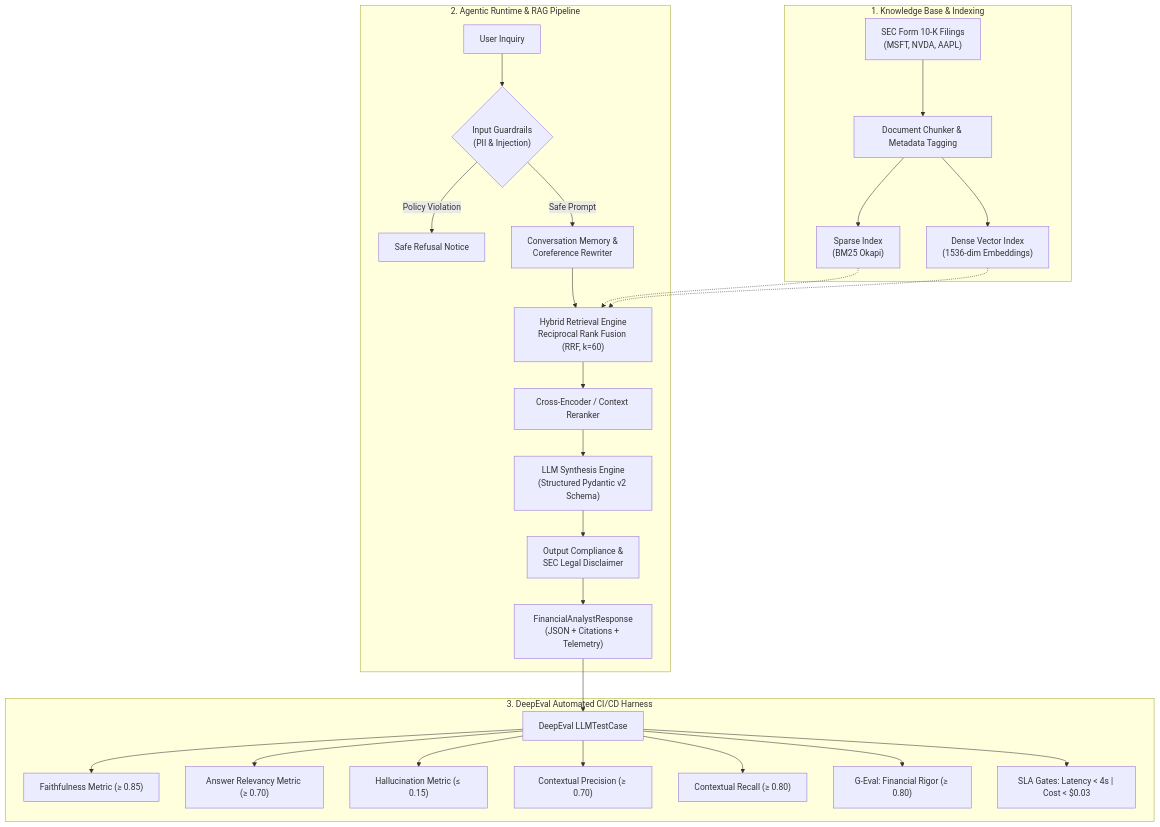
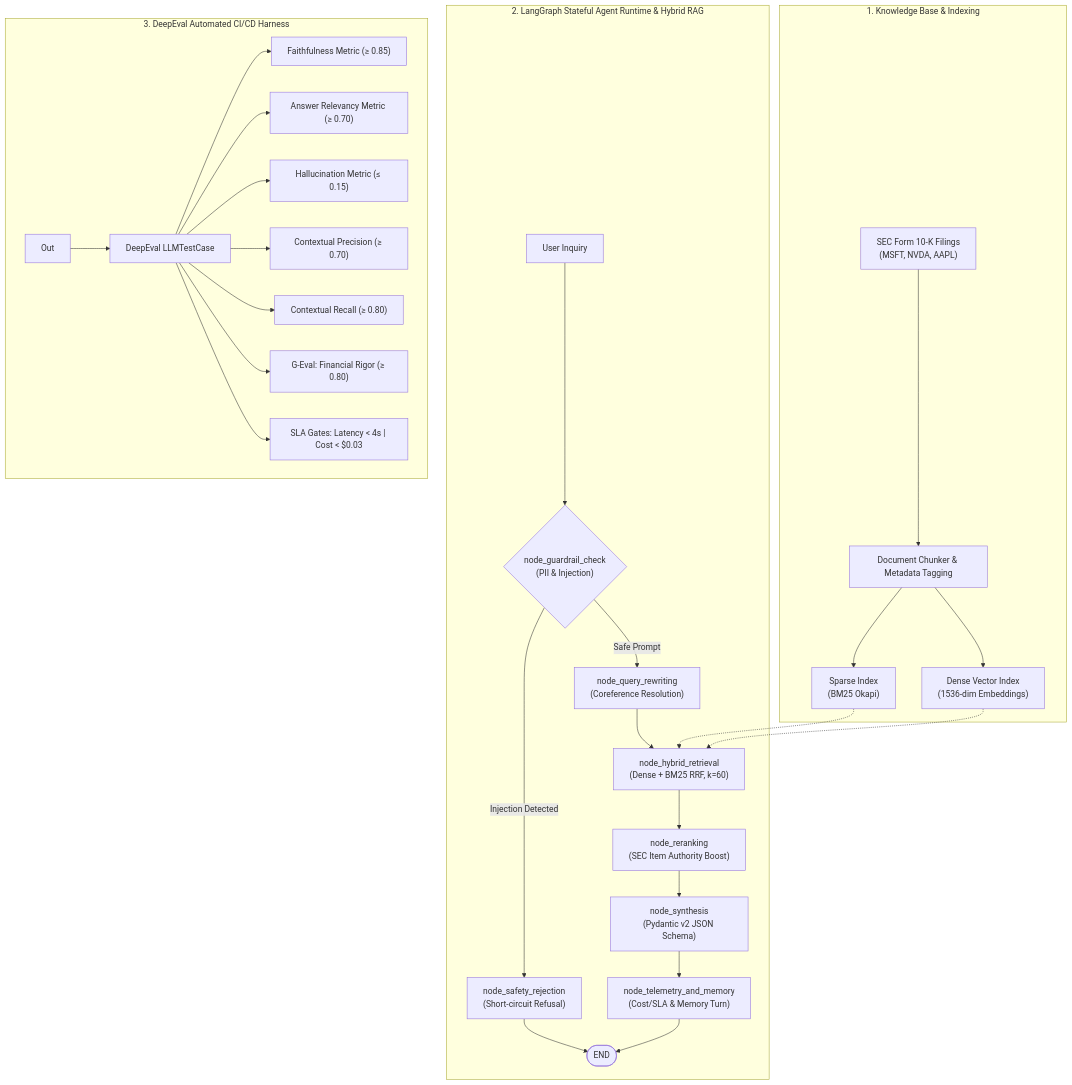
The diagram in README.md (scriptcrux/production-rag-evaluation-suite), drawn with Mermaid before and after one commit. The commit also changed other lines of this file and 4 other files, not shown here.

Commit message:
feat(agent): integrate LangGraph StateGraph orchestration with conditional routing and Mermaid export

````diff
--- a/README.md
+++ b/README.md
@@ -15,32 +16,33 @@
 ```mermaid
 flowchart TD
     subgraph Ingestion ["1. Knowledge Base & Indexing"]
         A["SEC Form 10-K Filings<br/>(MSFT, NVDA, AAPL)"] --> B["Document Chunker & Metadata Tagging"]
         B --> C["Sparse Index<br/>(BM25 Okapi)"]
         B --> D["Dense Vector Index<br/>(1536-dim Embeddings)"]
     end
 
-    subgraph Runtime ["2. Agentic Runtime & RAG Pipeline"]
-        U["User Inquiry"] --> G1{"Input Guardrails<br/>(PII & Injection)"}
-        G1 -- Policy Violation --> R1["Safe Refusal Notice"]
-        G1 -- Safe Prompt --> M["Conversation Memory &<br/>Coreference Rewriter"]
-        M --> H["Hybrid Retrieval Engine<br/>Reciprocal Rank Fusion (RRF, k=60)"]
+    subgraph Runtime ["2. LangGraph Stateful Agent Runtime & Hybrid RAG"]
+        U["User Inquiry"] --> G1{"node_guardrail_check<br/>(PII & Injection)"}
+        G1 -- Injection Detected --> R1["node_safety_rejection<br/>(Short-circuit Refusal)"]
+        G1 -- Safe Prompt --> M["node_query_rewriting<br/>(Coreference Resolution)"]
+        M --> H["node_hybrid_retrieval<br/>(Dense + BM25 RRF, k=60)"]
         C -.-> H
         D -.-> H
-        H --> RR["Cross-Encoder / Context Reranker"]
-        RR --> LLM["LLM Synthesis Engine<br/>(Structured Pydantic v2 Schema)"]
-        LLM --> G2["Output Compliance &<br/>SEC Legal Disclaimer"]
-        G2 --> Out["FinancialAnalystResponse<br/>(JSON + Citations + Telemetry)"]
+        H --> RR["node_reranking<br/>(SEC Item Authority Boost)"]
+        RR --> LLM["node_synthesis<br/>(Pydantic v2 JSON Schema)"]
+        LLM --> TM["node_telemetry_and_memory<br/>(Cost/SLA & Memory Turn)"]
+        R1 --> END_G(["END"]):::terminal
+        TM --> END_G
     end
 
     subgraph CI ["3. DeepEval Automated CI/CD Harness"]
         Out --> TC["DeepEval LLMTestCase"]
         TC --> M1["Faithfulness Metric (&ge; 0.85)"]
         TC --> M2["Answer Relevancy Metric (&ge; 0.70)"]
         TC --> M3["Hallucination Metric (&le; 0.15)"]
         TC --> M4["Contextual Precision (&ge; 0.70)"]
         TC --> M5["Contextual Recall (&ge; 0.80)"]
         TC --> M6["G-Eval: Financial Rigor (&ge; 0.80)"]
         TC --> SLA["SLA Gates: Latency &lt; 4s | Cost &lt; $0.03"]
     end
 ```
````
